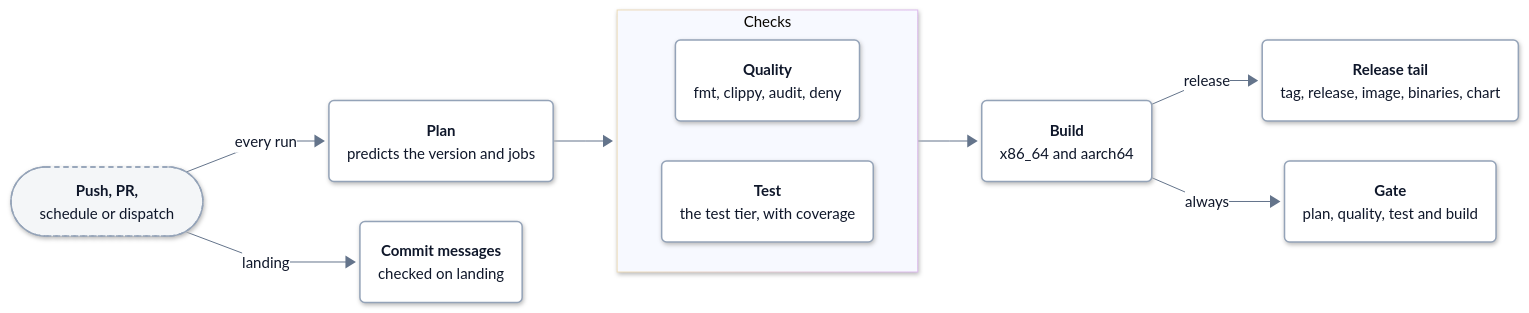
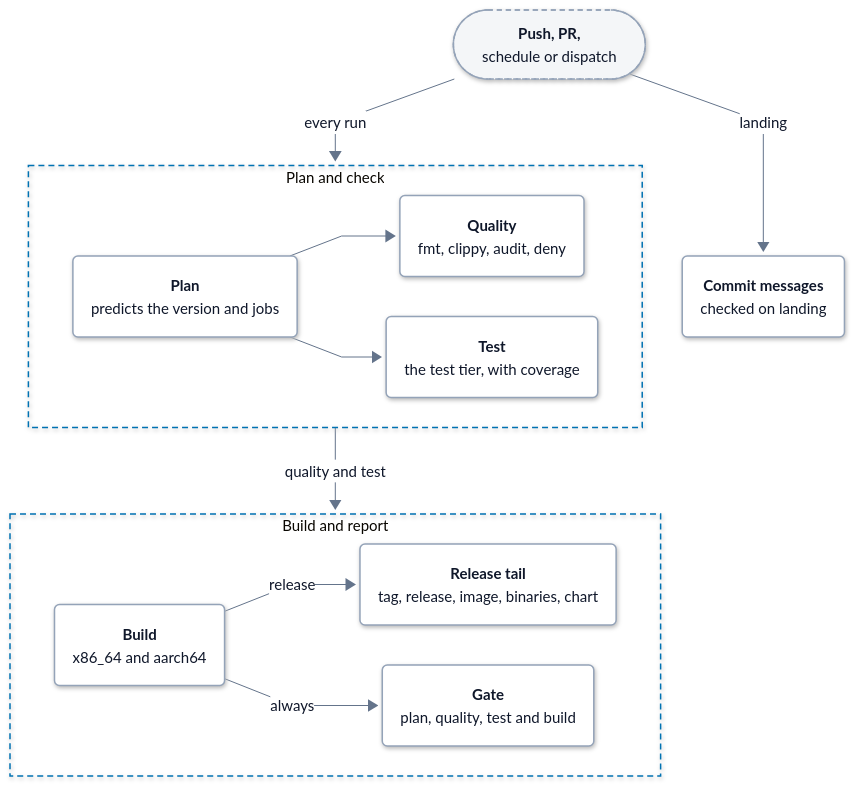
Before and after one commit to hyperi-io/dfe-archiver: the diagram in docs/design.md, drawn with Mermaid. The commit also changed 6 other files, not shown here.

First line of the commit message:
docs(architecture): reshape the architecture page around the parts (#189)

````diff
--- a/docs/design.md
+++ b/docs/design.md
@@ -77,26 +77,34 @@
     .ui .label-icon{color:#D9480F}
     .ext .label-icon{color:#64748B}
 ---
-flowchart LR
+flowchart TB
   accTitle: L4 Detail -- CI pipeline
   accDescr: Every trigger starts the plan, and a push to main, a pull request or the merge queue starts the commit message check. The plan starts quality and test, both feed the build, and the build feeds the release tail on a release and the gate on every run.
   trigger(["<b>Push, PR,</b><br/><span>schedule or dispatch</span>"])
-  plan("<b>Plan</b><br/><span>predicts the version and jobs</span>")
   commits("<b>Commit messages</b><br/><span>checked on landing</span>")
-  subgraph checks["Checks"]
+  subgraph checks["Plan and check"]
     direction LR
+    plan("<b>Plan</b><br/><span>predicts the version and jobs</span>")
     quality("<b>Quality</b><br/><span>fmt, clippy, audit, deny</span>")
     test("<b>Test</b><br/><span>the test tier, with coverage</span>")
+    plan --> quality
+    plan --> test
   end
-  build("<b>Build</b><br/><span>x86_64 and aarch64</span>")
-  tail("<b>Release tail</b><br/><span>tag, release, image, binaries, chart</span>")
-  gate("<b>Gate</b><br/><span>plan, quality, test and build</span>")
-  trigger -->|every run| plan
+  subgraph out["Build and report"]
+    direction LR
+    build("<b>Build</b><br/><span>x86_64 and aarch64</span>")
+    tail("<b>Release tail</b><br/><span>tag, release, image, binaries, chart</span>")
+    gate("<b>Gate</b><br/><span>plan, quality, test and build</span>")
+    build -->|release| tail
+    build -->|always| gate
+  end
   trigger -->|landing| commits
-  plan --> checks
-  checks --> build
-  build -->|release| tail
-  build -->|always| gate
+  trigger -->|every run| checks
+  checks -->|quality and test| out
+  class trigger ext
+  class plan,commits,quality,test,build,tail,gate part
+  class trigger ext
+  class plan,commits,quality,test,build,tail,gate part
   classDef ext fill:#F4F6F8,stroke:#94A3B8,stroke-width:1.5px,stroke-dasharray:5 4,color:#0F172A
   classDef ingest fill:#FFFFFF,stroke:#0E8A7D,stroke-width:3px,color:#0F172A
   classDef xform fill:#FFFFFF,stroke:#7B4FB0,stroke-width:3px,color:#0F172A
@@ -108,6 +116,6 @@
   classDef error fill:#FFFFFF,stroke:#C2410C,stroke-width:3px,color:#0F172A
   classDef control fill:#FFFFFF,stroke:#334155,stroke-width:3px,color:#0F172A
   classDef part fill:#FFFFFF,stroke:#94A3B8,stroke-width:1.5px,color:#0F172A
-  class trigger ext
-  class plan,commits,quality,test,build,tail,gate part
+  style checks fill:none,stroke:#0072B2,stroke-width:1.5px,stroke-dasharray:6 4
+  style out fill:none,stroke:#0072B2,stroke-width:1.5px,stroke-dasharray:6 4
 ```
````
